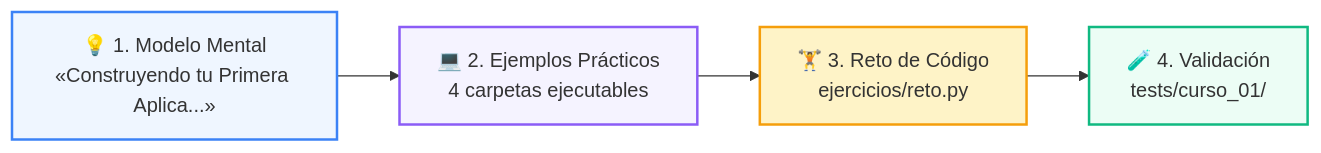
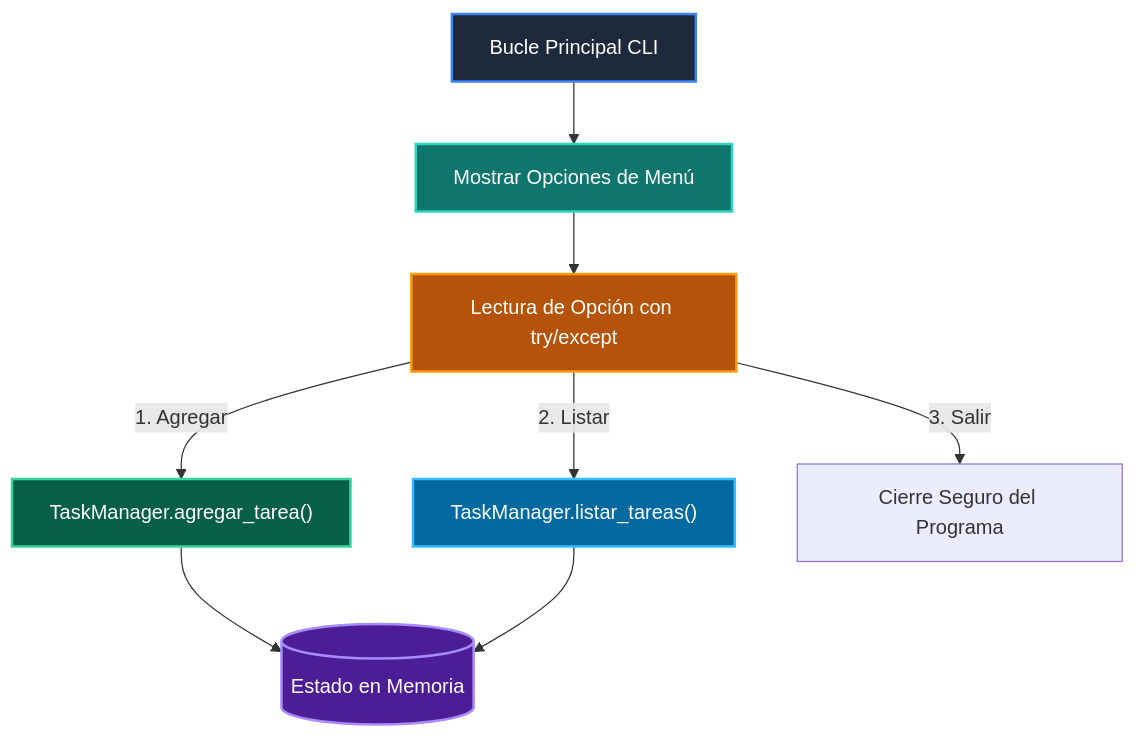
Before and after one commit to wisrovi/wisrovi-python: the diagram in 01-fundamentos-python/clase-08-proyecto-integrador-basico/README.md, drawn with Mermaid. The commit also changed other lines of this file and 271 other files, not shown here.

Commit message:
docs: rewrite all README.md files with bespoke topic-specific Mermaid diagrams and remove repetitive boilerplate

````diff
--- a/01-fundamentos-python/clase-08-proyecto-integrador-basico/README.md
+++ b/01-fundamentos-python/clase-08-proyecto-integrador-basico/README.md
@@ -19,11 +12,17 @@
 ```mermaid
-flowchart LR
-    M["💡 1. Modelo Mental<br/>«Construyendo tu Primera Aplica...»"] --> E["💻 2. Ejemplos Prácticos<br/>4 carpetas ejecutables"]
-    E --> R["🏋️ 3. Reto de Código<br/>ejercicios/reto.py"]
-    R --> T["🧪 4. Validación<br/>tests/curso_01/"]
+flowchart TD
+    CLI["Bucle Principal CLI"] --> MENU["Mostrar Opciones de Menú"]
+    MENU --> IN["Lectura de Opción con try/except"]
+    IN -->|1. Agregar| TM_ADD["TaskManager.agregar_tarea()"]
+    IN -->|2. Listar| TM_LST["TaskManager.listar_tareas()"]
+    IN -->|3. Salir| TM_EXT["Cierre Seguro del Programa"]
+    TM_ADD --> STATE[("Estado en Memoria")]
+    TM_LST --> STATE
 
-    style M fill:#eff6ff,stroke:#3b82f6,stroke-width:2px
-    style E fill:#f5f3ff,stroke:#8b5cf6,stroke-width:2px
-    style R fill:#fef3c7,stroke:#f59e0b,stroke-width:2px
-    style T fill:#ecfdf5,stroke:#10b981,stroke-width:2px
+    style CLI fill:#1e293b,color:#fff,stroke:#3b82f6,stroke-width:2px
+    style MENU fill:#0f766e,color:#fff,stroke:#2dd4bf,stroke-width:2px
+    style IN fill:#b45309,color:#fff,stroke:#f59e0b,stroke-width:2px
+    style TM_ADD fill:#065f46,color:#fff,stroke:#34d399,stroke-width:2px
+    style TM_LST fill:#0369a1,color:#fff,stroke:#38bdf8,stroke-width:2px
+    style STATE fill:#4c1d95,color:#fff,stroke:#a78bfa,stroke-width:2px
 ```
````
